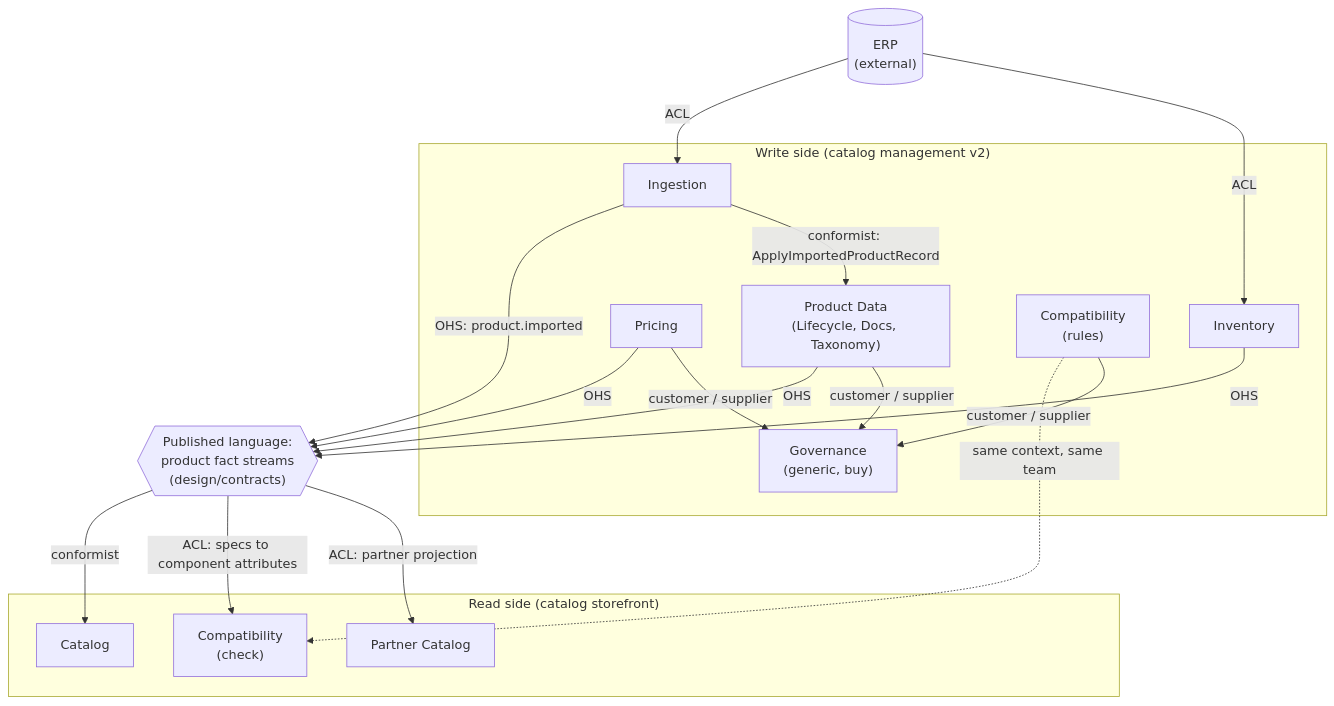
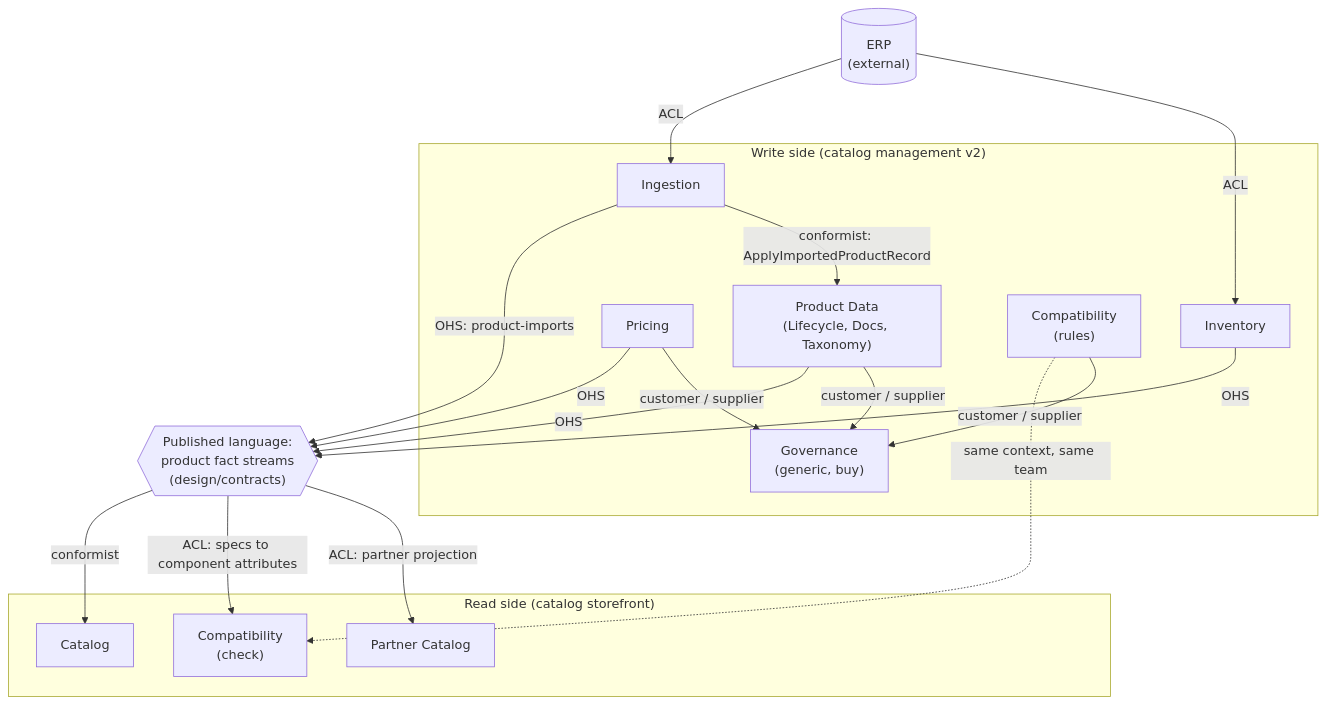
Before and after one commit to cjjohansen/drone-web: the diagram in design/strategy/architecture-for-flow/subdomains-and-contexts.md, drawn with Mermaid. The commit also changed other lines of this file and 18 other files, not shown here.

````diff
--- a/design/strategy/architecture-for-flow/subdomains-and-contexts.md
+++ b/design/strategy/architecture-for-flow/subdomains-and-contexts.md
@@ -78,33 +78,33 @@
 ```mermaid
 flowchart TB
   subgraph write["Write side (catalog management v2)"]
     PD["Product Data<br/>(Lifecycle, Docs, Taxonomy)"]
     PR["Pricing"]
     INV["Inventory"]
     CR["Compatibility<br/>(rules)"]
     GOV["Governance<br/>(generic, buy)"]
     ING["Ingestion"]
   end
   subgraph read["Read side (catalog storefront)"]
     CAT["Catalog"]
     CC["Compatibility<br/>(check)"]
     PC["Partner Catalog"]
   end
   ERP[("ERP<br/>(external)")]
   PL{{"Published language:<br/>product fact streams<br/>(design/contracts)"}}
 
   PD -- "OHS" --> PL
   PR -- "OHS" --> PL
   INV -- "OHS" --> PL
-  ING -- "OHS: product.imported" --> PL
+  ING -- "OHS: product-imports" --> PL
   PL -- "conformist" --> CAT
   PL -- "ACL: specs to component attributes" --> CC
   PL -- "ACL: partner projection" --> PC
   CR -. "same context, same team" .-> CC
   PR -- "customer / supplier" --> GOV
   CR -- "customer / supplier" --> GOV
   PD -- "customer / supplier" --> GOV
   ING -- "conformist: ApplyImportedProductRecord" --> PD
   ERP -- "ACL" --> ING
   ERP -- "ACL" --> INV
 ```
````
